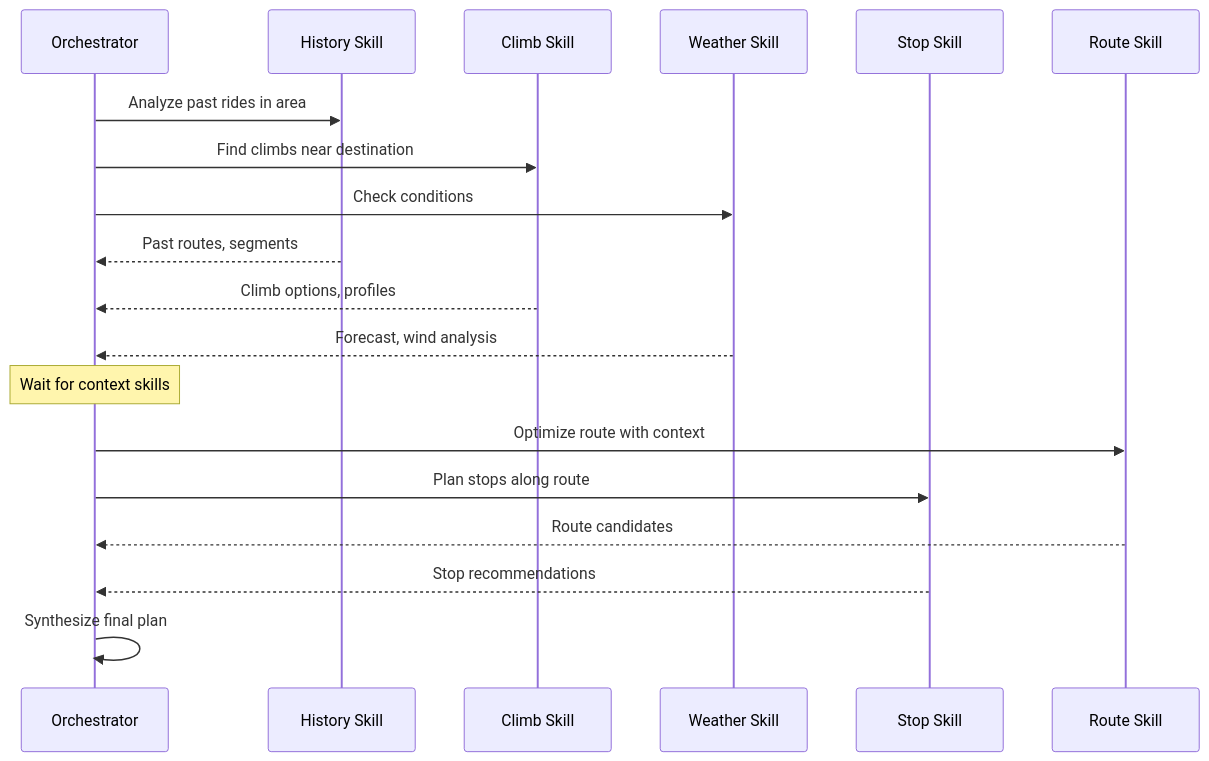
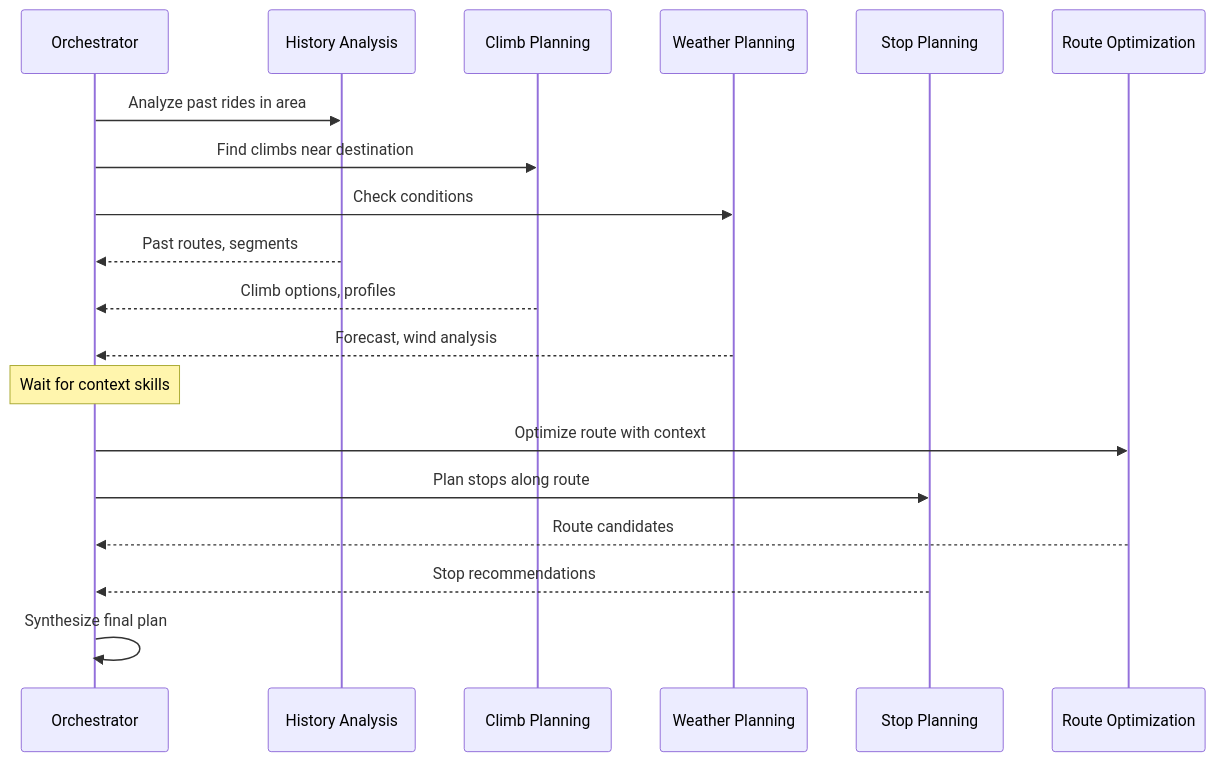
Before and after one commit to bendrucker/route-agent: the fourth of 5 diagrams in docs/architecture.md, drawn with Mermaid. The commit also changed other lines of this file and 1 other file, not shown here.

First line of the commit message:
Use initial abbreviations in mermaid diagrams

````diff
--- a/docs/architecture.md
+++ b/docs/architecture.md
@@ -174,27 +174,27 @@
 ```mermaid
 sequenceDiagram
-    participant Orchestrator
-    participant History as History Skill
-    participant Climb as Climb Skill
-    participant Weather as Weather Skill
-    participant Stops as Stop Skill
-    participant Route as Route Skill
+    participant ORC as Orchestrator
+    participant HA as History Analysis
+    participant CP as Climb Planning
+    participant WP as Weather Planning
+    participant SP as Stop Planning
+    participant RO as Route Optimization
 
-    Orchestrator->>History: Analyze past rides in area
-    Orchestrator->>Climb: Find climbs near destination
-    Orchestrator->>Weather: Check conditions
+    ORC->>HA: Analyze past rides in area
+    ORC->>CP: Find climbs near destination
+    ORC->>WP: Check conditions
 
-    History-->>Orchestrator: Past routes, segments
-    Climb-->>Orchestrator: Climb options, profiles
-    Weather-->>Orchestrator: Forecast, wind analysis
+    HA-->>ORC: Past routes, segments
+    CP-->>ORC: Climb options, profiles
+    WP-->>ORC: Forecast, wind analysis
 
-    Note over Orchestrator: Wait for context skills
+    Note over ORC: Wait for context skills
 
-    Orchestrator->>Route: Optimize route with context
-    Orchestrator->>Stops: Plan stops along route
+    ORC->>RO: Optimize route with context
+    ORC->>SP: Plan stops along route
 
-    Route-->>Orchestrator: Route candidates
-    Stops-->>Orchestrator: Stop recommendations
+    RO-->>ORC: Route candidates
+    SP-->>ORC: Stop recommendations
 
-    Orchestrator->>Orchestrator: Synthesize final plan
+    ORC->>ORC: Synthesize final plan
 ```
````
